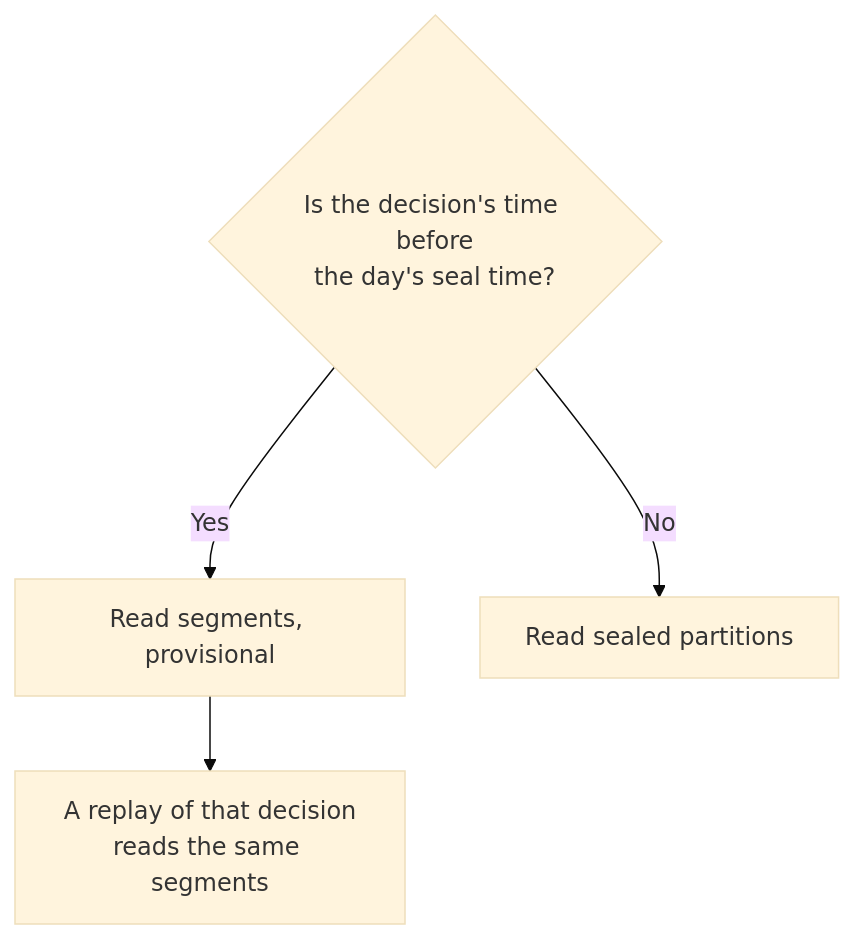
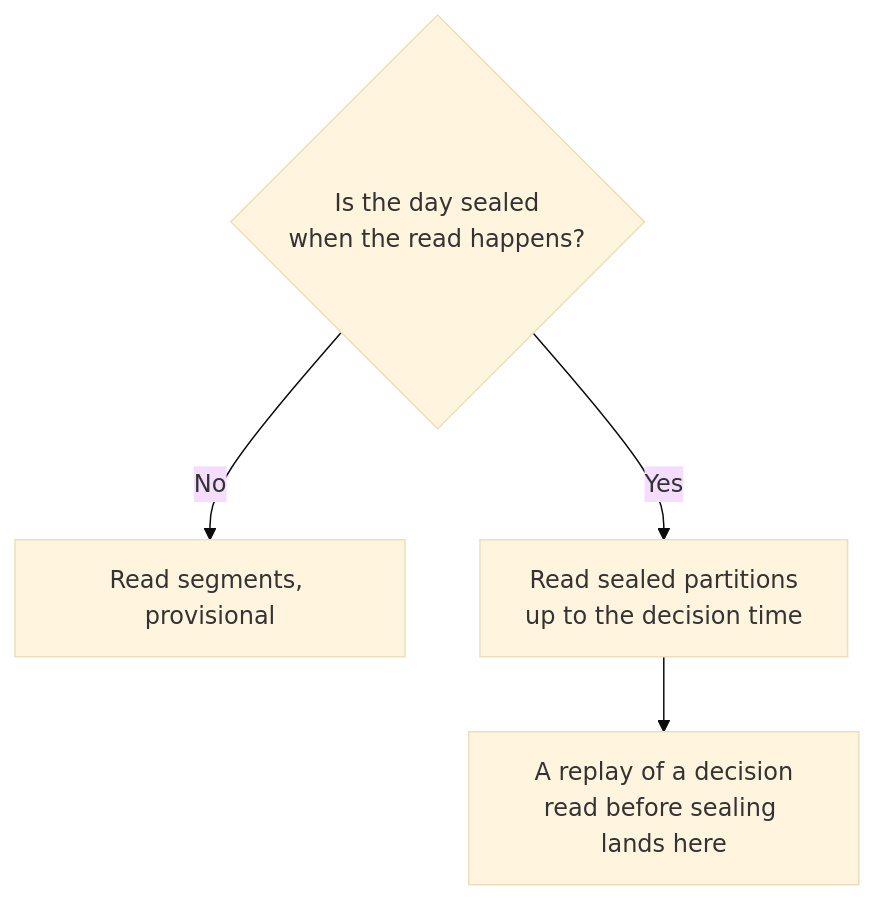
Before and after one commit to l3a0/ithildin-runtime: the eighth of 23 diagrams in docs/architecture.md, drawn with Mermaid (base theme). The commit also changed other lines of this file and 1 other file, not shown here.

First line of the commit message:
docs: delete a day's segments after compaction and replay from partitions

````diff
--- a/docs/architecture.md
+++ b/docs/architecture.md
@@ -364,7 +368,7 @@
    ```mermaid
    flowchart TD
-       t{"Is the decision's time before<br/>the day's seal time?"}
-       t -- "Yes" --> seg["Read segments, provisional"]
-       t -- "No" --> part["Read sealed partitions"]
-       seg --> same["A replay of that decision<br/>reads the same segments"]
+       t{"Is the day sealed<br/>when the read happens?"}
+       t -- "No" --> seg["Read segments, provisional"]
+       t -- "Yes" --> part["Read sealed partitions<br/>up to the decision time"]
+       part --> same["A replay of a decision<br/>read before sealing lands here"]
    ```
````
